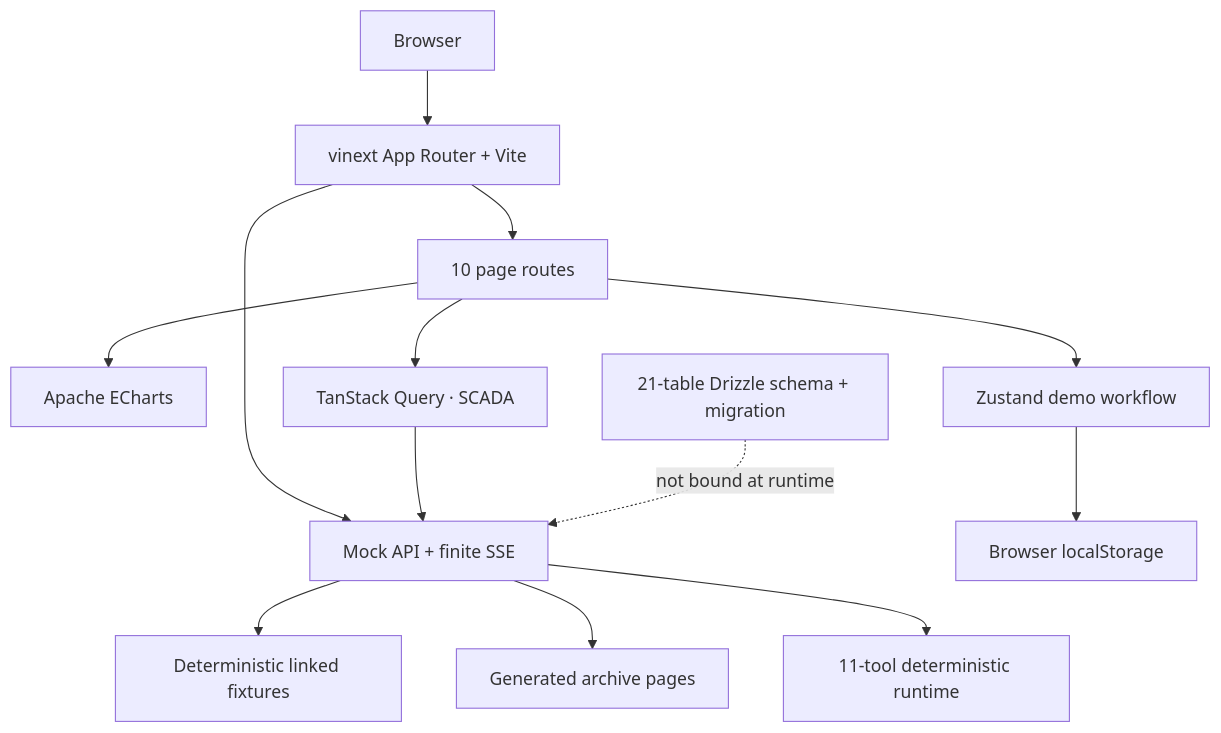
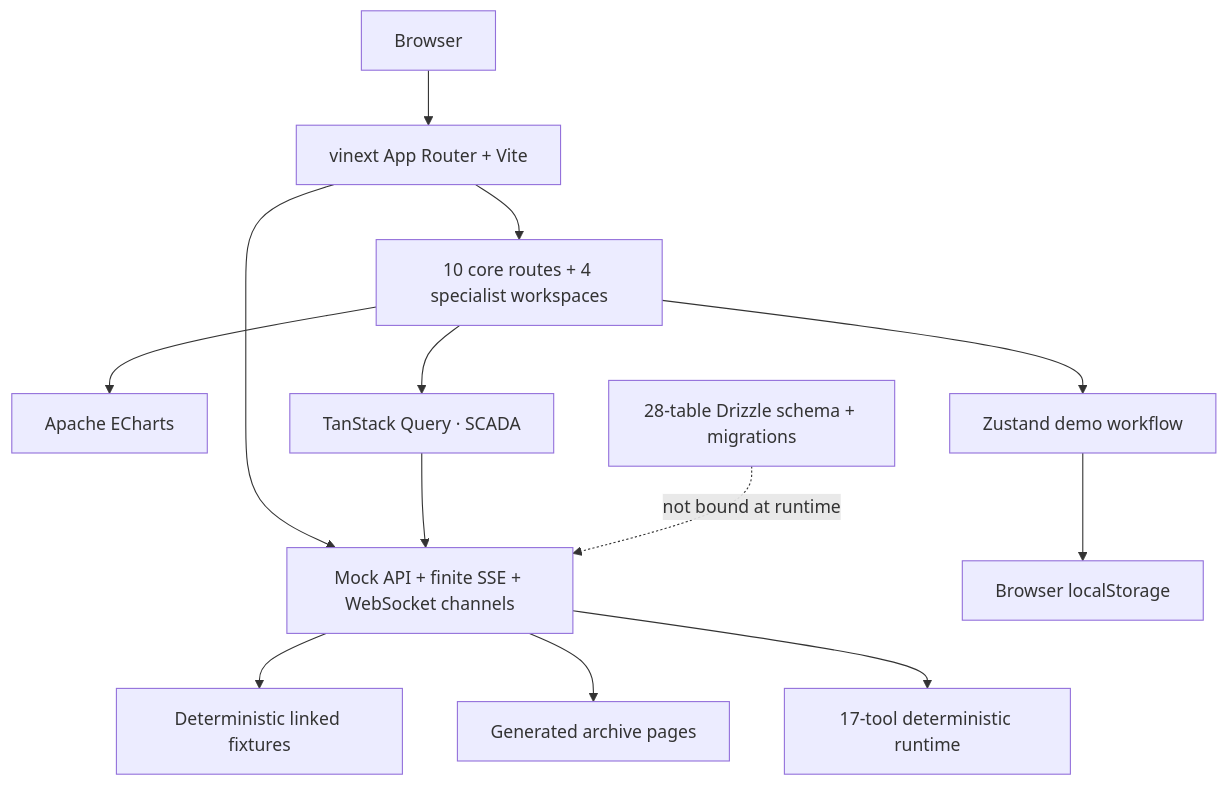
One commit to DAT4RIAN/OpenVigil changed the first of 2 diagrams in README.md. Above: the diagram before and after it, drawn with Mermaid. The commit also changed other lines of this file, not shown here.

First line of the commit message:
Update README for expanded features & schema

````diff
--- a/README.md
+++ b/README.md
@@ -73,15 +88,15 @@
 ```mermaid
 flowchart TB
   browser["Browser"] --> runtime["vinext App Router + Vite"]
-  runtime --> pages["10 page routes"]
-  runtime --> api["Mock API + finite SSE"]
+  runtime --> pages["10 core routes + 4 specialist workspaces"]
+  runtime --> api["Mock API + finite SSE + WebSocket channels"]
   pages --> charts["Apache ECharts"]
   pages --> query["TanStack Query · SCADA"]
   pages --> workflow["Zustand demo workflow"]
   workflow --> storage["Browser localStorage"]
   query --> api
   api --> fixtures["Deterministic linked fixtures"]
   api --> archive["Generated archive pages"]
-  api --> tools["11-tool deterministic runtime"]
-  schema["21-table Drizzle schema + migration"] -. "not bound at runtime" .-> api
+  api --> tools["17-tool deterministic runtime"]
+  schema["28-table Drizzle schema + migrations"] -. "not bound at runtime" .-> api
 ```
````
